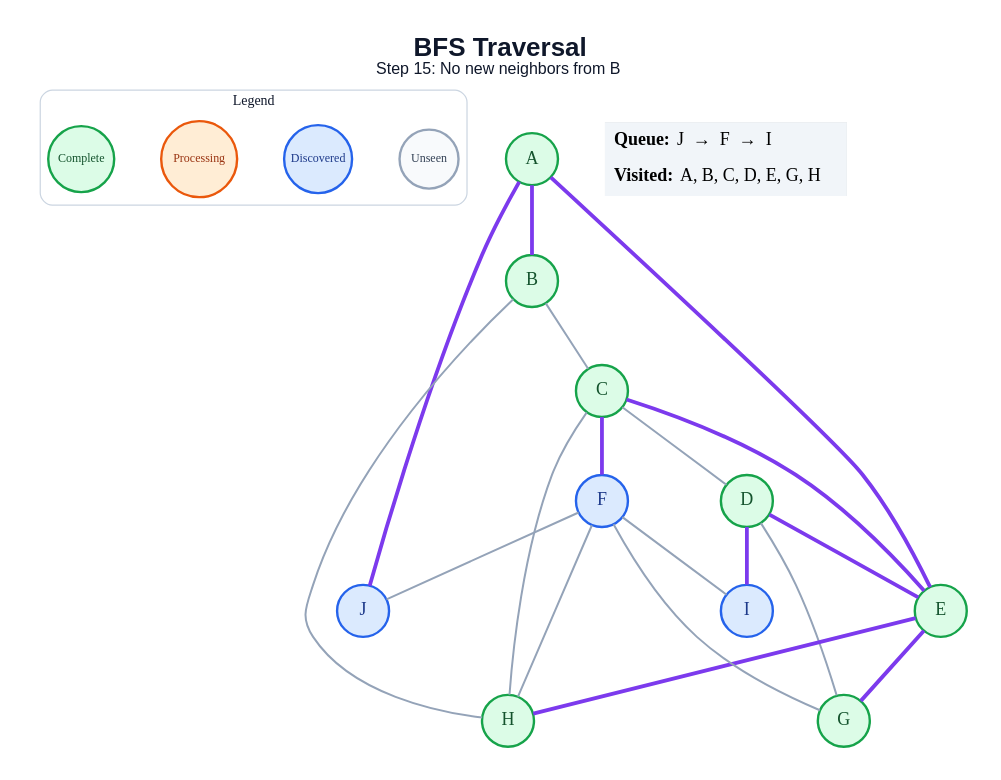
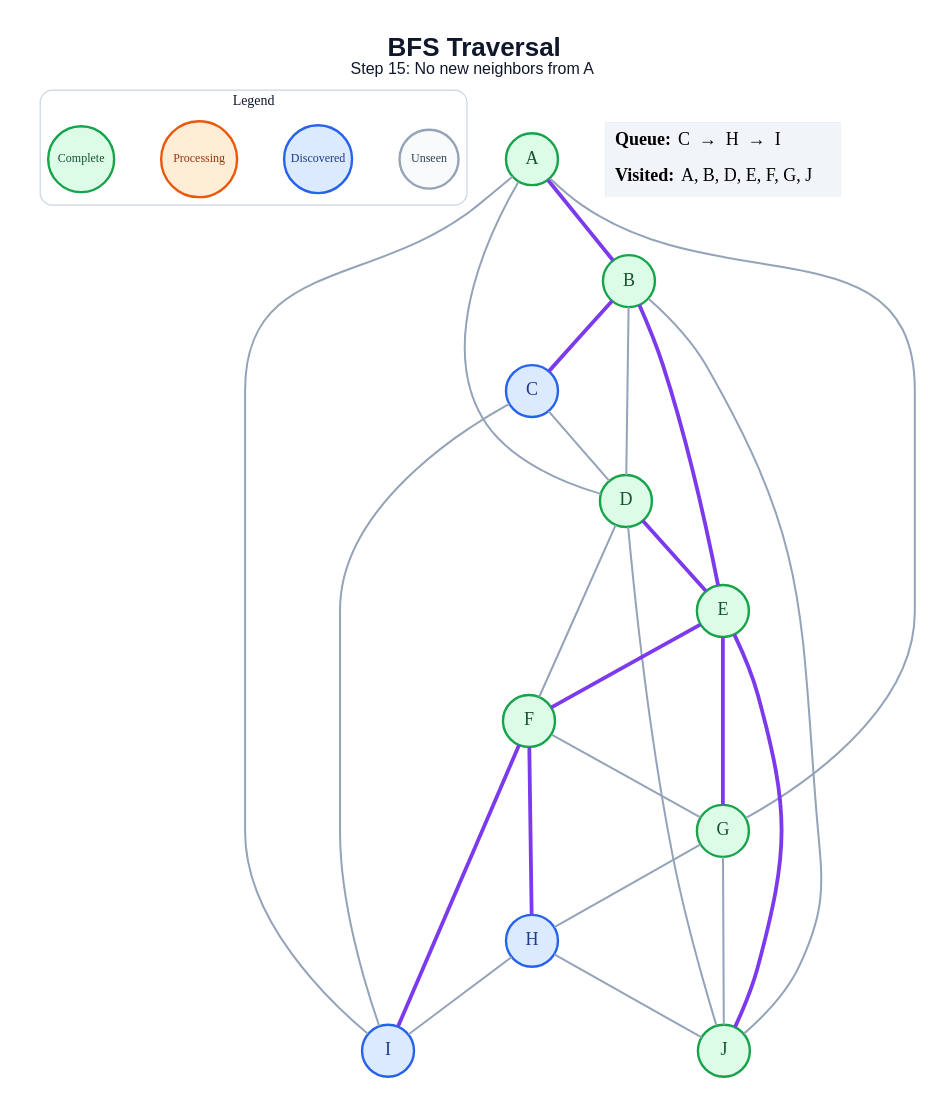
Before and after one commit to amanghodawala9/ai-slop: the diagram in generated/specific-node/bfs/step_15.dot, drawn with Graphviz. The commit also changed 178 other files, not shown here.

```diff
--- a/generated/specific-node/bfs/step_15.dot
+++ b/generated/specific-node/bfs/step_15.dot
@@ -1,47 +1,52 @@
 graph traversal {
   graph [layout=dot, rankdir=TB, bgcolor="#FFFFFF", pad="0.35", nodesep="0.65", ranksep="0.8", fontname="Arial"];
   node [shape=circle, style="filled", fontname="Arial Bold", fontsize=18, width=0.72, fixedsize=true, penwidth=2.4];
   edge [color="#94A3B8", penwidth=2.0];
-  label=<<B>BFS Traversal</B><BR/><FONT POINT-SIZE="16">Step 15: No new neighbors from B</FONT>>; labelloc="t"; fontsize=26; fontname="Arial"; fontcolor="#0F172A";
+  label=<<B>BFS Traversal</B><BR/><FONT POINT-SIZE="16">Step 15: No new neighbors from A</FONT>>; labelloc="t"; fontsize=26; fontname="Arial"; fontcolor="#0F172A";
   subgraph cluster_legend { label="Legend"; color="#CBD5E1"; penwidth=1.2; style="rounded"; fontsize=14; fontname="Arial Bold";
     key_unseen [label="Unseen", fillcolor="#F8FAFC", color="#94A3B8", fontcolor="#334155", fontsize=12, width=0.82];
     key_frontier [label="Discovered", fillcolor="#DBEAFE", color="#2563EB", fontcolor="#1E3A8A", fontsize=12, width=0.95];
     key_current [label="Processing", fillcolor="#FFEDD5", color="#EA580C", fontcolor="#9A3412", fontsize=12, width=1.05];
     key_done [label="Complete", fillcolor="#DCFCE7", color="#16A34A", fontcolor="#14532D", fontsize=12, width=0.92];
     { rank=same; key_unseen; key_frontier; key_current; key_done; }
   }
   A [fillcolor="#DCFCE7", color="#16A34A", fontcolor="#14532D"];
   B [fillcolor="#DCFCE7", color="#16A34A", fontcolor="#14532D"];
-  C [fillcolor="#DCFCE7", color="#16A34A", fontcolor="#14532D"];
+  C [fillcolor="#DBEAFE", color="#2563EB", fontcolor="#1E3A8A"];
   D [fillcolor="#DCFCE7", color="#16A34A", fontcolor="#14532D"];
   E [fillcolor="#DCFCE7", color="#16A34A", fontcolor="#14532D"];
-  F [fillcolor="#DBEAFE", color="#2563EB", fontcolor="#1E3A8A"];
+  F [fillcolor="#DCFCE7", color="#16A34A", fontcolor="#14532D"];
   G [fillcolor="#DCFCE7", color="#16A34A", fontcolor="#14532D"];
-  H [fillcolor="#DCFCE7", color="#16A34A", fontcolor="#14532D"];
+  H [fillcolor="#DBEAFE", color="#2563EB", fontcolor="#1E3A8A"];
   I [fillcolor="#DBEAFE", color="#2563EB", fontcolor="#1E3A8A"];
-  J [fillcolor="#DBEAFE", color="#2563EB", fontcolor="#1E3A8A"];
+  J [fillcolor="#DCFCE7", color="#16A34A", fontcolor="#14532D"];
   A -- B [color="#7C3AED", penwidth=3.8];
-  A -- E [color="#7C3AED", penwidth=3.8];
-  A -- J [color="#7C3AED", penwidth=3.8];
-  B -- C;
-  B -- H;
+  A -- D;
+  A -- G;
+  A -- I;
+  B -- C [color="#7C3AED", penwidth=3.8];
+  B -- D;
+  B -- E [color="#7C3AED", penwidth=3.8];
+  B -- J;
   C -- D;
-  C -- E [color="#7C3AED", penwidth=3.8];
-  C -- F [color="#7C3AED", penwidth=3.8];
-  C -- H;
+  C -- I;
   D -- E [color="#7C3AED", penwidth=3.8];
-  D -- G;
-  D -- I [color="#7C3AED", penwidth=3.8];
+  D -- F;
+  D -- J;
+  E -- F [color="#7C3AED", penwidth=3.8];
   E -- G [color="#7C3AED", penwidth=3.8];
-  E -- H [color="#7C3AED", penwidth=3.8];
+  E -- J [color="#7C3AED", penwidth=3.8];
   F -- G;
-  F -- H;
-  F -- I;
-  F -- J;
+  F -- H [color="#7C3AED", penwidth=3.8];
+  F -- I [color="#7C3AED", penwidth=3.8];
+  G -- H;
+  G -- J;
+  H -- I;
+  H -- J;
   status [shape=plain, fixedsize=false, width=0, height=0, margin=0, label=<
     <TABLE BORDER="0" CELLBORDER="0" CELLPADDING="7" BGCOLOR="#F1F5F9">
-      <TR><TD ALIGN="LEFT"><B>Queue:</B> J  →  F  →  I</TD></TR>
-      <TR><TD ALIGN="LEFT"><B>Visited:</B> A, B, C, D, E, G, H</TD></TR>
+      <TR><TD ALIGN="LEFT"><B>Queue:</B> C  →  H  →  I</TD></TR>
+      <TR><TD ALIGN="LEFT"><B>Visited:</B> A, B, D, E, F, G, J</TD></TR>
     </TABLE>
   >];
 }
```
